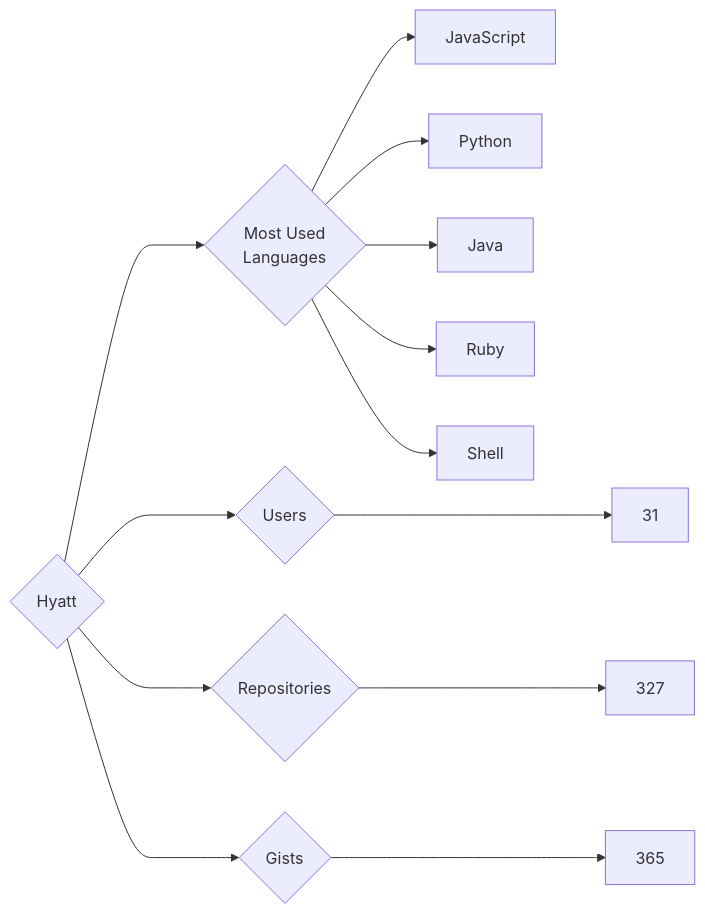
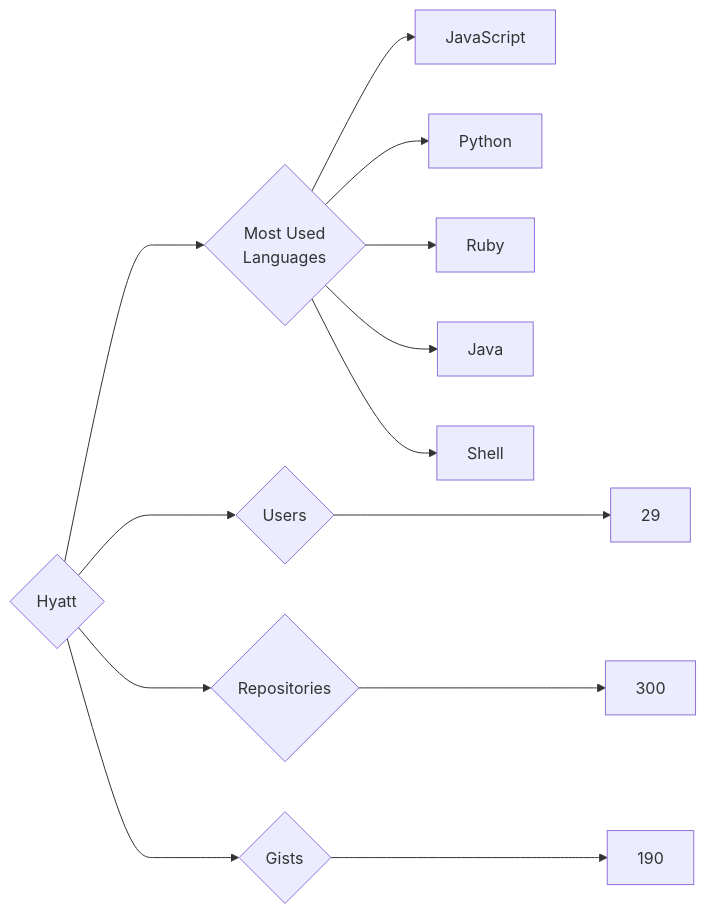
Before and after one commit to trickest/insiders: the diagram in targets/Hyatt/README.md, drawn with Mermaid. The commit also changed 951 other files, not shown here.

````diff
--- a/targets/Hyatt/README.md
+++ b/targets/Hyatt/README.md
@@ -3,13 +3,13 @@
 ```mermaid
 graph LR
 COMPANY_NAME{Hyatt}
-COMPANY_NAME ---> U{Users} ---> UN[31]
-COMPANY_NAME ---> R{Repositories} ---> RN[327]
-COMPANY_NAME ---> G{Gists} ---> GN[365]
+COMPANY_NAME ---> U{Users} ---> UN[29]
+COMPANY_NAME ---> R{Repositories} ---> RN[300]
+COMPANY_NAME ---> G{Gists} ---> GN[190]
 COMPANY_NAME ---> ML{Most Used<br>Languages}
 ML --> JavaScript[JavaScript]
 ML --> Python[Python]
+ML --> Ruby[Ruby]
 ML --> Java[Java]
-ML --> Ruby[Ruby]
 ML --> Shell[Shell]
 ```
````
